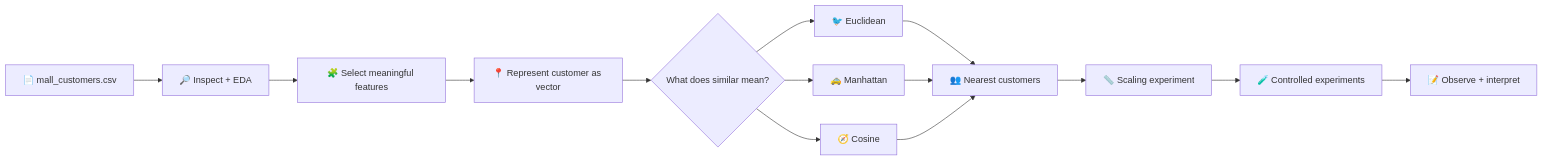
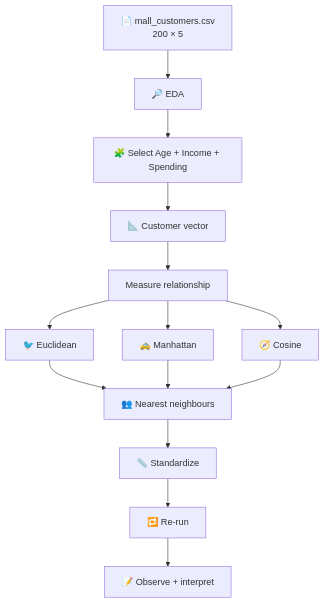
One commit to hiteshjangid-dev/INT396 changed the first of 4 diagrams in Practical-01-EDA-Similarity-Measures/README.md. Above: the diagram before and after it, drawn with Mermaid. The commit also changed other lines of this file, not shown here.

````diff
--- a/Practical-01-EDA-Similarity-Measures/README.md
+++ b/Practical-01-EDA-Similarity-Measures/README.md
@@ -16,16 +29,16 @@
 ```mermaid
-flowchart LR
-    A["📄 mall_customers.csv"] --> B["🔎 Inspect + EDA"]
-    B --> C["🧩 Select meaningful features"]
-    C --> D["📍 Represent customer as vector"]
-    D --> E{"What does similar mean?"}
+flowchart TB
+    A["📄 mall_customers.csv<br/>200 × 5"] --> B["🔎 EDA"]
+    B --> C["🧩 Select Age + Income + Spending"]
+    C --> D["📐 Customer vector"]
+    D --> E["Measure relationship"]
     E --> F["🐦 Euclidean"]
     E --> G["🚕 Manhattan"]
     E --> H["🧭 Cosine"]
-    F --> I["👥 Nearest customers"]
+    F --> I["👥 Nearest neighbours"]
     G --> I
     H --> I
-    I --> J["📏 Scaling experiment"]
-    J --> K["🧪 Controlled experiments"]
+    I --> J["📏 Standardize"]
+    J --> K["🔁 Re-run"]
     K --> L["📝 Observe + interpret"]
 ```
````
